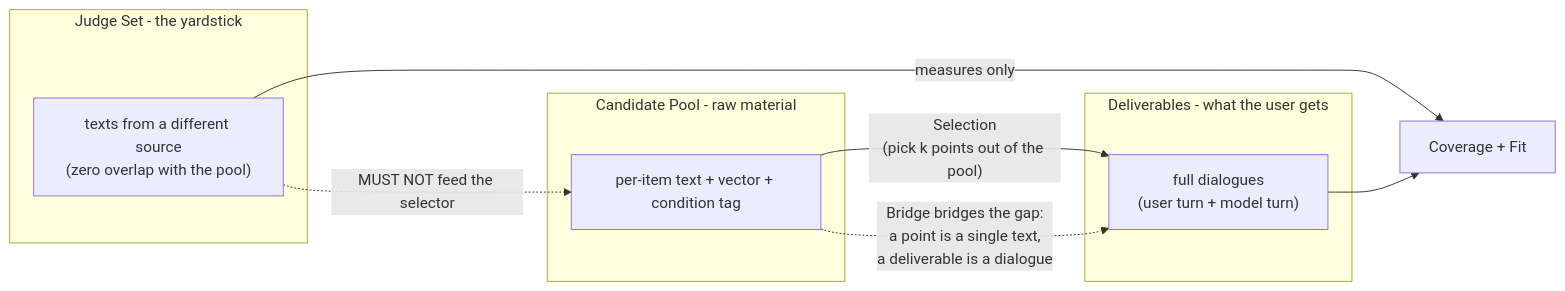
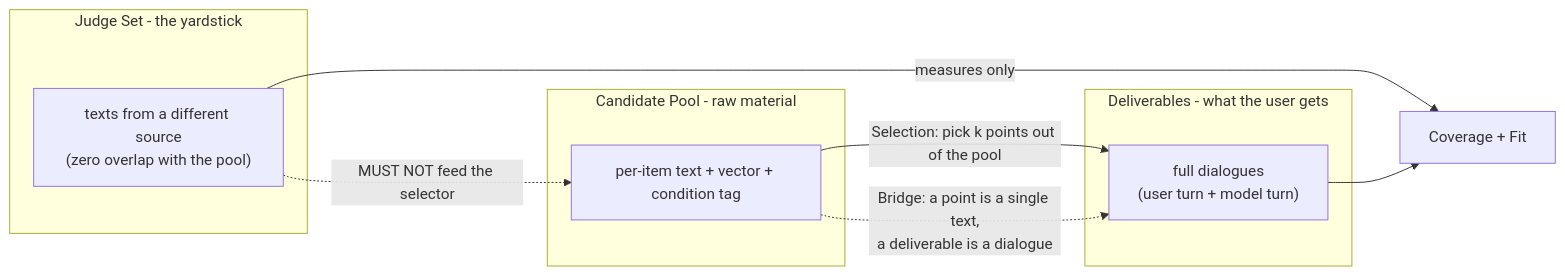
Before and after one commit to godthrone/anchor-replay-distillation: the third of 3 diagrams in docs/ard-algorithm.md, drawn with Mermaid. The commit also changed other lines of this file and 1 other file, not shown here.

Commit message:
docs: make the algorithm doc macro and split measurement methods out

````diff
--- a/docs/ard-algorithm.md
+++ b/docs/ard-algorithm.md
@@ -73,18 +101,17 @@
 ```mermaid
 flowchart LR
     subgraph POOL["Candidate Pool - raw material"]
         P1["per-item text + vector + condition tag"]
     end
     subgraph OUT["Deliverables - what the user gets"]
         O1["full dialogues<br/>(user turn + model turn)"]
     end
     subgraph JUDGE["Judge Set - the yardstick"]
         J1["texts from a different source<br/>(zero overlap with the pool)"]
     end
-
-    P1 -->|"Selection<br/>(pick k points out of the pool)"| O1
-    P1 -.->|"Bridge bridges the gap:<br/>a point is a single text,<br/>a deliverable is a dialogue"| O1
+    P1 -->|"Selection: pick k points out of the pool"| O1
+    P1 -.->|"Bridge: a point is a single text,<br/>a deliverable is a dialogue"| O1
     J1 -->|"measures only"| M1["Coverage + Fit"]
     O1 --> M1
     J1 -.->|"MUST NOT feed the selector"| P1
 ```
````
